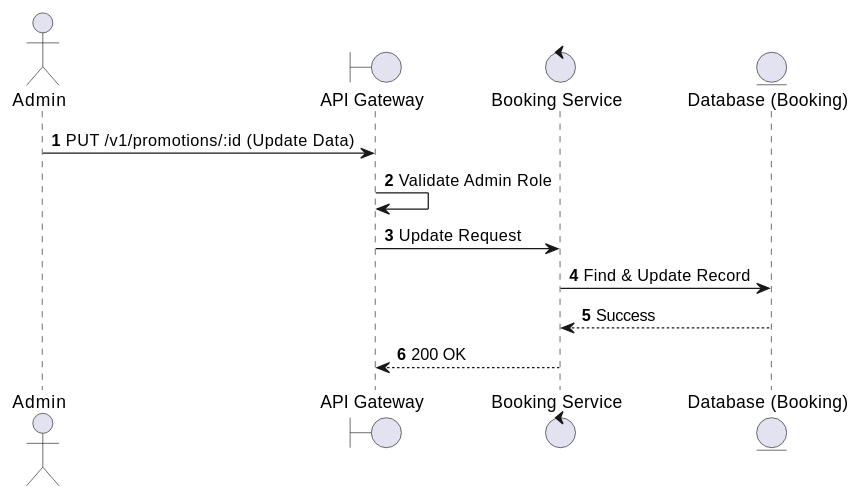
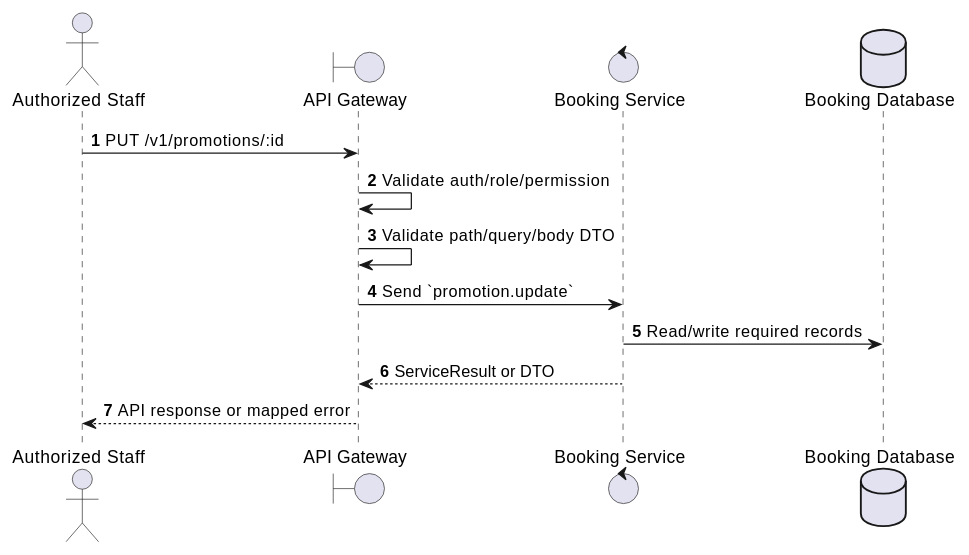
One commit to Tanh1603/movie-hub-architecture changed the first of 2 diagrams in docs/functional_specs/3.10_Promotions_Discounts_Module/PM-06_Update_Promotion.md. Above: the diagram before and after it, drawn with PlantUML. The commit also changed other lines of this file and 126 other files, not shown here.

````diff
--- a/docs/functional_specs/3.10_Promotions_Discounts_Module/PM-06_Update_Promotion.md
+++ b/docs/functional_specs/3.10_Promotions_Discounts_Module/PM-06_Update_Promotion.md
@@ -17,16 +17,17 @@
 ```plantuml
 @startuml
 autonumber
-actor Admin
+actor "Authorized Staff" as Actor
 boundary "API Gateway" as GW
-control "Booking Service" as BS
-entity "Database (Booking)" as DB
+control "Booking Service" as SVC
+database "Booking Database" as DB
 
-Admin -> GW: PUT /v1/promotions/:id (Update Data)
-GW -> GW: Validate Admin Role
-GW -> BS: Update Request
-BS -> DB: Find & Update Record
-DB --> BS: Success
-BS --> GW: 200 OK
+Actor -> GW: PUT /v1/promotions/:id
+GW -> GW: Validate auth/role/permission
+GW -> GW: Validate path/query/body DTO
+GW -> SVC: Send `promotion.update`
+SVC -> DB: Read/write required records
+SVC --> GW: ServiceResult or DTO
+GW --> Actor: API response or mapped error
 @enduml
 ```
````
